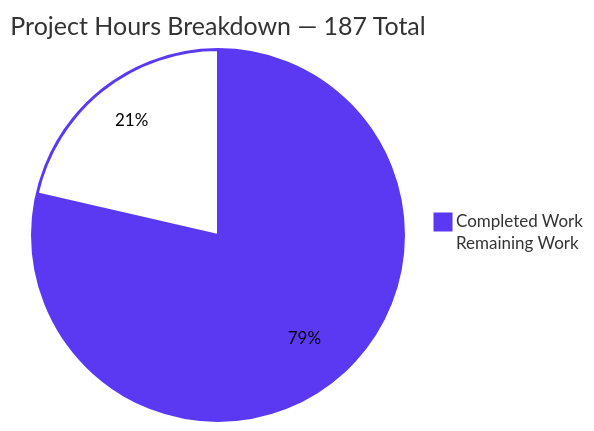
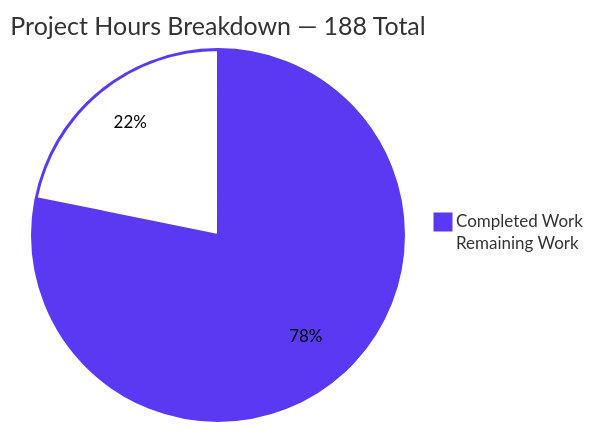
One commit to Tzadiko/monero changed the second of 4 diagrams in blitzy/documentation/Project Guide.md. Above: the diagram before and after it, drawn with Mermaid. The commit also changed other lines of this file, not shown here.

````diff
--- a/blitzy/documentation/Project Guide.md
+++ b/blitzy/documentation/Project Guide.md
@@ -1672,6 +1690,6 @@
 ```mermaid
 %%{init: {"theme": "base", "themeVariables": {"pie1": "#5B39F3", "pie2": "#FFFFFF", "pieOpacity": "1", "pieStrokeColor": "#5B39F3", "pieOuterStrokeColor": "#5B39F3", "pieSectionTextColor": "#000000"}}}%%
-pie title Project Hours Breakdown — 187 Total
+pie title Project Hours Breakdown — 188 Total
     "Completed Work" : 147
-    "Remaining Work" : 40
+    "Remaining Work" : 41
 ```
````
